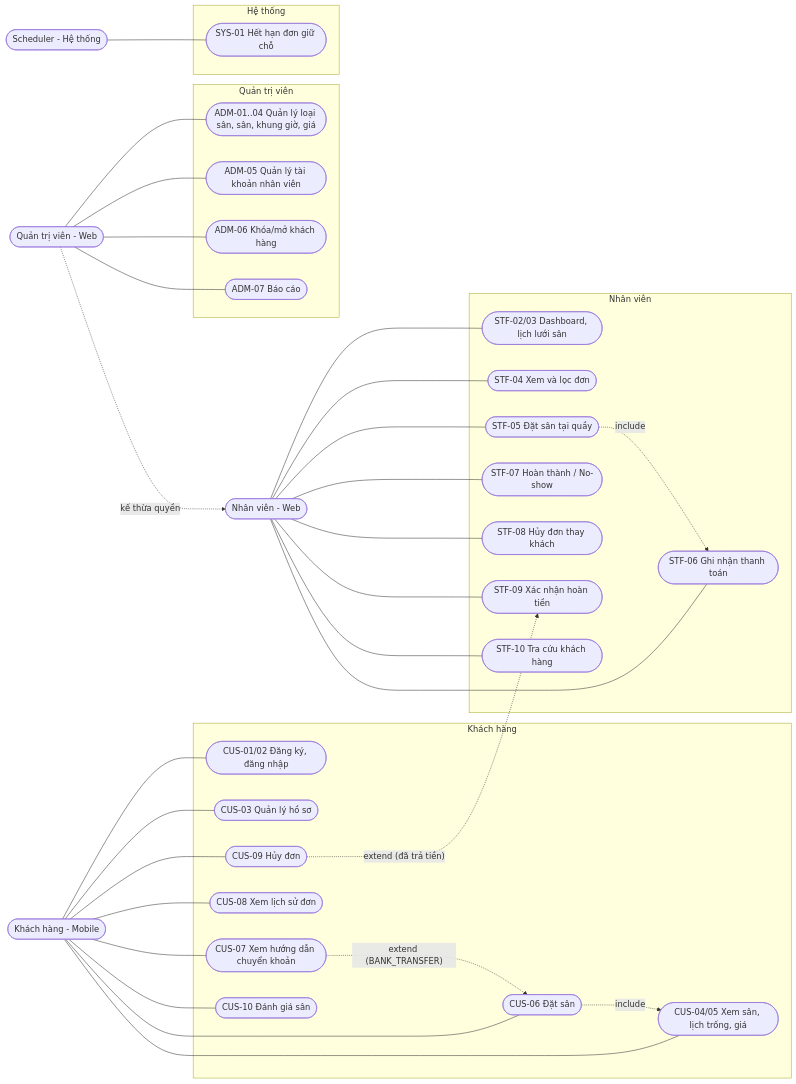
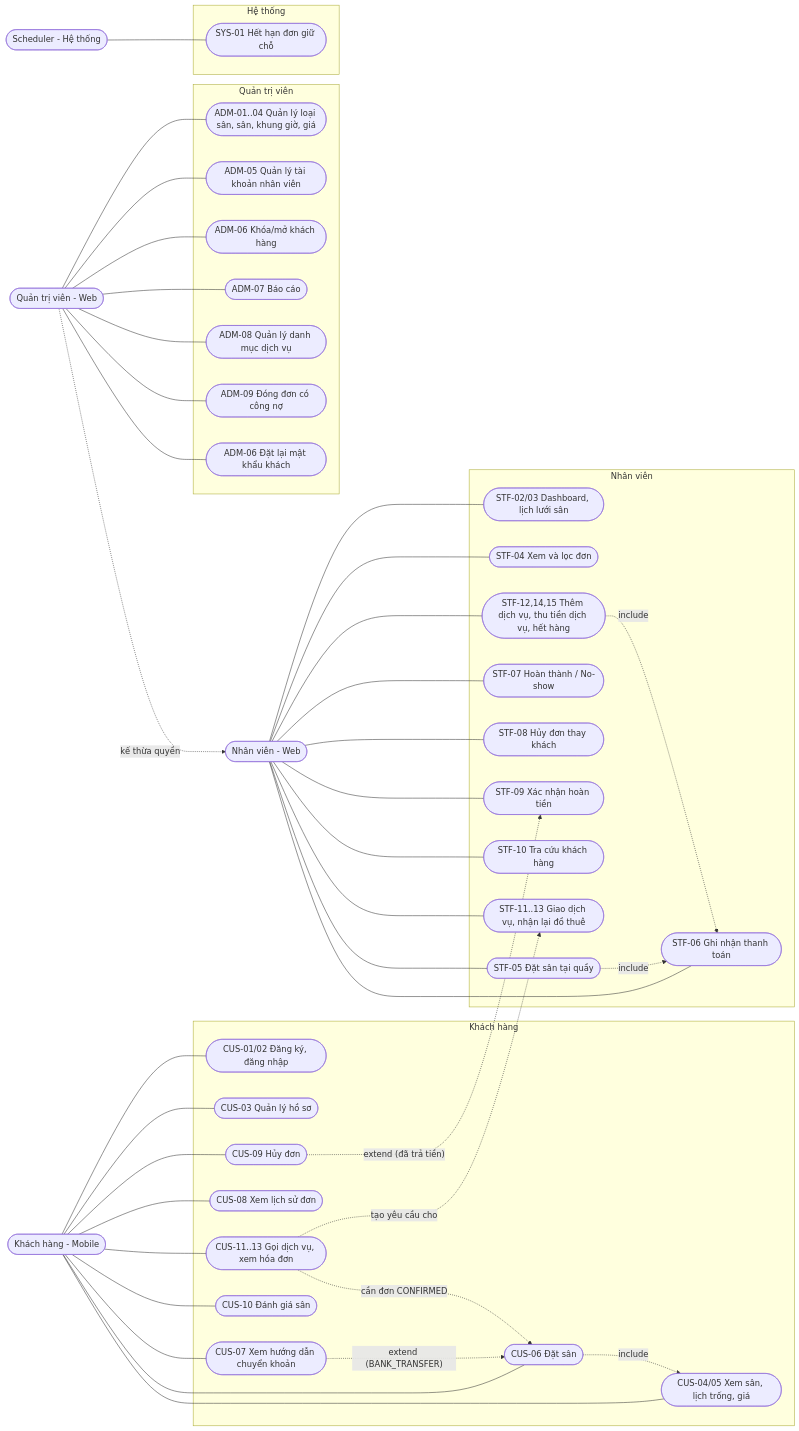
The first of 17 diagrams in Plant/02-uml-diagrams.md (dinhdai132005-png/MobileDatLichSanTheThao), drawn with Mermaid before and after one commit. The commit also changed other lines of this file and 162 other files, not shown here.

````diff
--- a/Plant/02-uml-diagrams.md
+++ b/Plant/02-uml-diagrams.md
@@ -10,51 +10,60 @@
 ```mermaid
 flowchart LR
     C(["Khách hàng - Mobile"])
     S(["Nhân viên - Web"])
     A(["Quản trị viên - Web"])
     T(["Scheduler - Hệ thống"])
 
     subgraph UCC["Khách hàng"]
         C1(["CUS-01/02 Đăng ký, đăng nhập"])
         C2(["CUS-03 Quản lý hồ sơ"])
         C3(["CUS-04/05 Xem sân, lịch trống, giá"])
         C4(["CUS-06 Đặt sân"])
         C5(["CUS-07 Xem hướng dẫn chuyển khoản"])
         C6(["CUS-08 Xem lịch sử đơn"])
         C7(["CUS-09 Hủy đơn"])
         C8(["CUS-10 Đánh giá sân"])
+        C9(["CUS-11..13 Gọi dịch vụ, xem hóa đơn"])
     end
 
     subgraph UCS["Nhân viên"]
         S1(["STF-02/03 Dashboard, lịch lưới sân"])
         S2(["STF-04 Xem và lọc đơn"])
         S3(["STF-05 Đặt sân tại quầy"])
         S4(["STF-06 Ghi nhận thanh toán"])
         S5(["STF-07 Hoàn thành / No-show"])
         S6(["STF-08 Hủy đơn thay khách"])
         S7(["STF-09 Xác nhận hoàn tiền"])
         S8(["STF-10 Tra cứu khách hàng"])
+        S9(["STF-11..13 Giao dịch vụ, nhận lại đồ thuê"])
+        S10(["STF-12,14,15 Thêm dịch vụ, thu tiền dịch vụ, hết hàng"])
     end
 
     subgraph UCA["Quản trị viên"]
         A1(["ADM-01..04 Quản lý loại sân, sân, khung giờ, giá"])
         A2(["ADM-05 Quản lý tài khoản nhân viên"])
         A3(["ADM-06 Khóa/mở khách hàng"])
         A4(["ADM-07 Báo cáo"])
+        A5(["ADM-08 Quản lý danh mục dịch vụ"])
+        A6(["ADM-09 Đóng đơn có công nợ"])
+        A7(["ADM-06 Đặt lại mật khẩu khách"])
     end
 
     subgraph UCT["Hệ thống"]
         T1(["SYS-01 Hết hạn đơn giữ chỗ"])
     end
 
-    C --- C1 & C2 & C3 & C4 & C5 & C6 & C7 & C8
-    S --- S1 & S2 & S3 & S4 & S5 & S6 & S7 & S8
-    A --- A1 & A2 & A3 & A4
+    C --- C1 & C2 & C3 & C4 & C5 & C6 & C7 & C8 & C9
+    S --- S1 & S2 & S3 & S4 & S5 & S6 & S7 & S8 & S9 & S10
+    A --- A1 & A2 & A3 & A4 & A5 & A6 & A7
     A -. "kế thừa quyền" .-> S
     T --- T1
 
     C4 -. "include" .-> C3
     C5 -. "extend (BANK_TRANSFER)" .-> C4
     C7 -. "extend (đã trả tiền)" .-> S7
     S3 -. "include" .-> S4
+    C9 -. "cần đơn CONFIRMED" .-> C4
+    C9 -. "tạo yêu cầu cho" .-> S9
+    S10 -. "include" .-> S4
 ```
````
